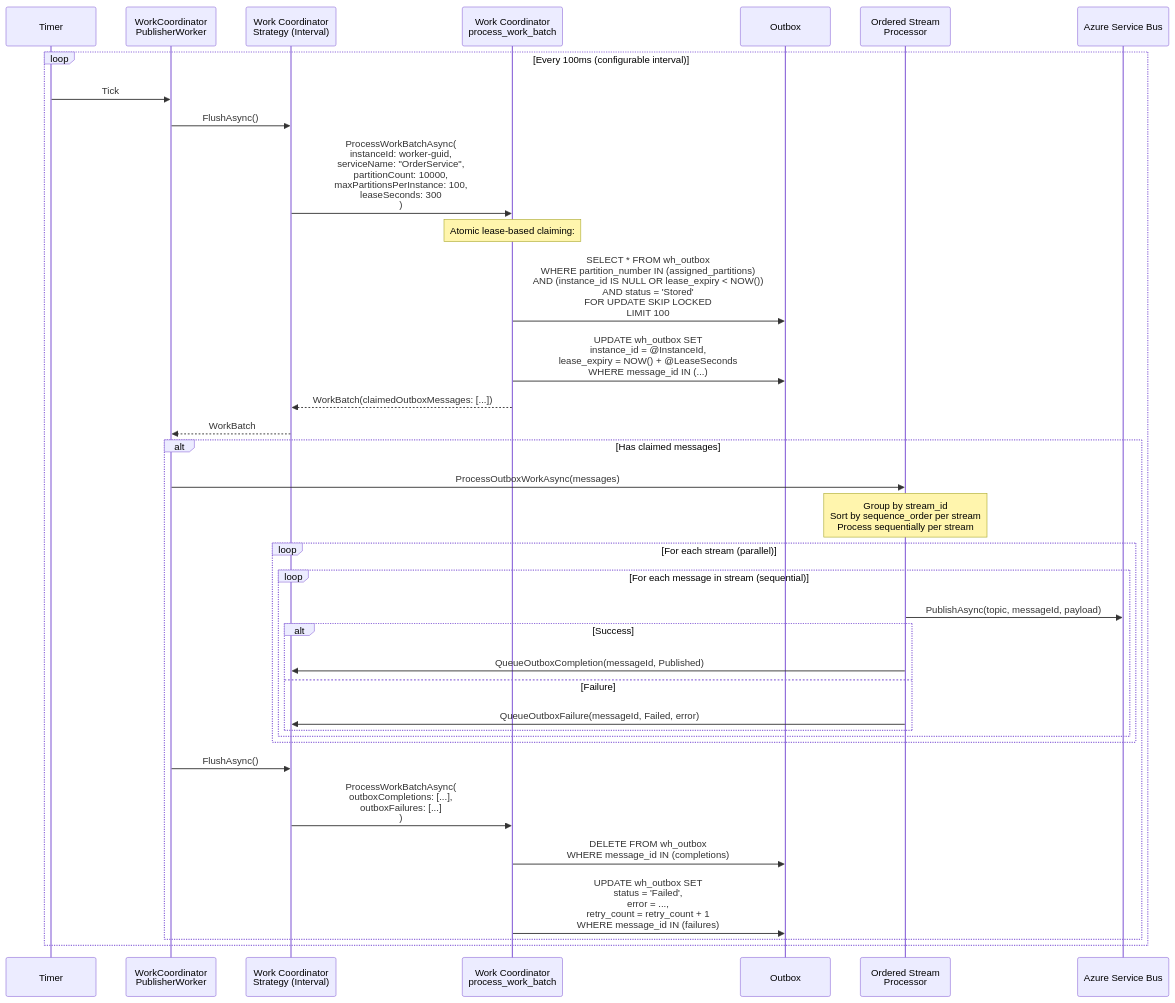
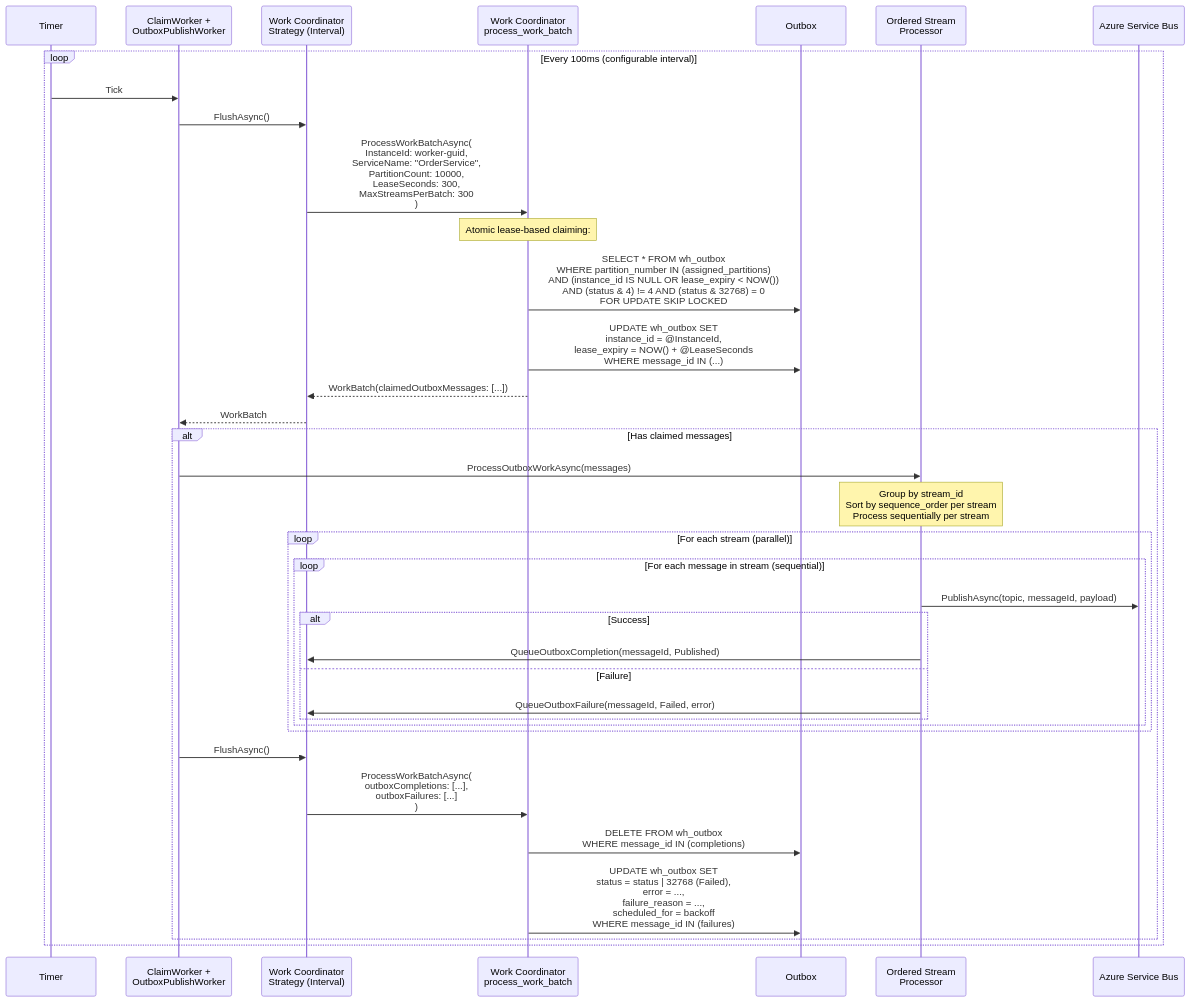
One commit to whizbang-lib/whizbang-lib.github.io changed the fourth of 6 diagrams in src/assets/docs/v1.0.0/extending/internals/message-lifecycle.md. Above: the diagram before and after it, drawn with Mermaid. The commit also changed other lines of this file and 38 other files, not shown here.

````diff
--- a/src/assets/docs/v1.0.0/extending/internals/message-lifecycle.md
+++ b/src/assets/docs/v1.0.0/extending/internals/message-lifecycle.md
@@ -227,54 +240,54 @@
 ```mermaid
 sequenceDiagram
     participant Timer
-    participant PublisherWorker as WorkCoordinator<br/>PublisherWorker
+    participant PublisherWorker as ClaimWorker +<br/>OutboxPublishWorker
     participant WorkStrategy as Work Coordinator<br/>Strategy (Interval)
     participant WorkCoord as Work Coordinator<br/>process_work_batch
     participant Outbox
     participant OSP as Ordered Stream<br/>Processor
     participant Transport as Azure Service Bus
 
     loop Every 100ms (configurable interval)
         Timer->>PublisherWorker: Tick
 
         PublisherWorker->>WorkStrategy: FlushAsync()
 
-        WorkStrategy->>WorkCoord: ProcessWorkBatchAsync(<br/>  instanceId: worker-guid,<br/>  serviceName: "OrderService",<br/>  partitionCount: 10000,<br/>  maxPartitionsPerInstance: 100,<br/>  leaseSeconds: 300<br/>)
+        WorkStrategy->>WorkCoord: ProcessWorkBatchAsync(<br/>  InstanceId: worker-guid,<br/>  ServiceName: "OrderService",<br/>  PartitionCount: 10000,<br/>  LeaseSeconds: 300,<br/>  MaxStreamsPerBatch: 300<br/>)
 
         Note over WorkCoord: Atomic lease-based claiming:
 
-        WorkCoord->>Outbox: SELECT * FROM wh_outbox<br/>WHERE partition_number IN (assigned_partitions)<br/>  AND (instance_id IS NULL OR lease_expiry < NOW())<br/>  AND status = 'Stored'<br/>FOR UPDATE SKIP LOCKED<br/>LIMIT 100
+        WorkCoord->>Outbox: SELECT * FROM wh_outbox<br/>WHERE partition_number IN (assigned_partitions)<br/>  AND (instance_id IS NULL OR lease_expiry < NOW())<br/>  AND (status & 4) != 4 AND (status & 32768) = 0<br/>FOR UPDATE SKIP LOCKED
 
         WorkCoord->>Outbox: UPDATE wh_outbox SET<br/>  instance_id = @InstanceId,<br/>  lease_expiry = NOW() + @LeaseSeconds<br/>WHERE message_id IN (...)
 
         WorkCoord-->>WorkStrategy: WorkBatch(claimedOutboxMessages: [...])
 
         WorkStrategy-->>PublisherWorker: WorkBatch
 
         alt Has claimed messages
             PublisherWorker->>OSP: ProcessOutboxWorkAsync(messages)
 
             Note over OSP: Group by stream_id<br/>Sort by sequence_order per stream<br/>Process sequentially per stream
 
             loop For each stream (parallel)
                 loop For each message in stream (sequential)
                     OSP->>Transport: PublishAsync(topic, messageId, payload)
 
                     alt Success
                         OSP->>WorkStrategy: QueueOutboxCompletion(messageId, Published)
                     else Failure
                         OSP->>WorkStrategy: QueueOutboxFailure(messageId, Failed, error)
                     end
                 end
             end
 
             PublisherWorker->>WorkStrategy: FlushAsync()
 
             WorkStrategy->>WorkCoord: ProcessWorkBatchAsync(<br/>  outboxCompletions: [...],<br/>  outboxFailures: [...]<br/>)
 
             WorkCoord->>Outbox: DELETE FROM wh_outbox<br/>WHERE message_id IN (completions)
 
-            WorkCoord->>Outbox: UPDATE wh_outbox SET<br/>  status = 'Failed',<br/>  error = ...,<br/>  retry_count = retry_count + 1<br/>WHERE message_id IN (failures)
+            WorkCoord->>Outbox: UPDATE wh_outbox SET<br/>  status = status | 32768 (Failed),<br/>  error = ...,<br/>  failure_reason = ...,<br/>  scheduled_for = backoff<br/>WHERE message_id IN (failures)
         end
     end
 ```
````
